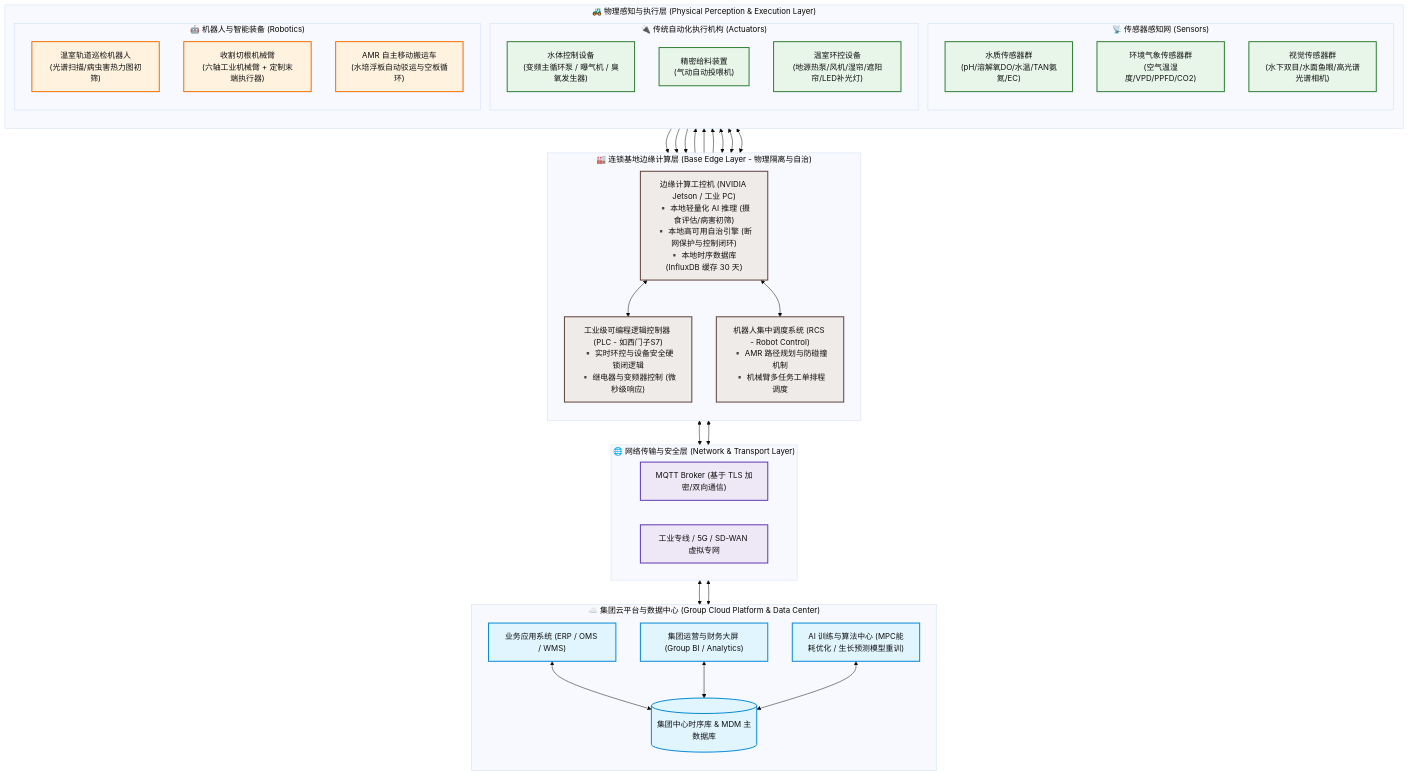
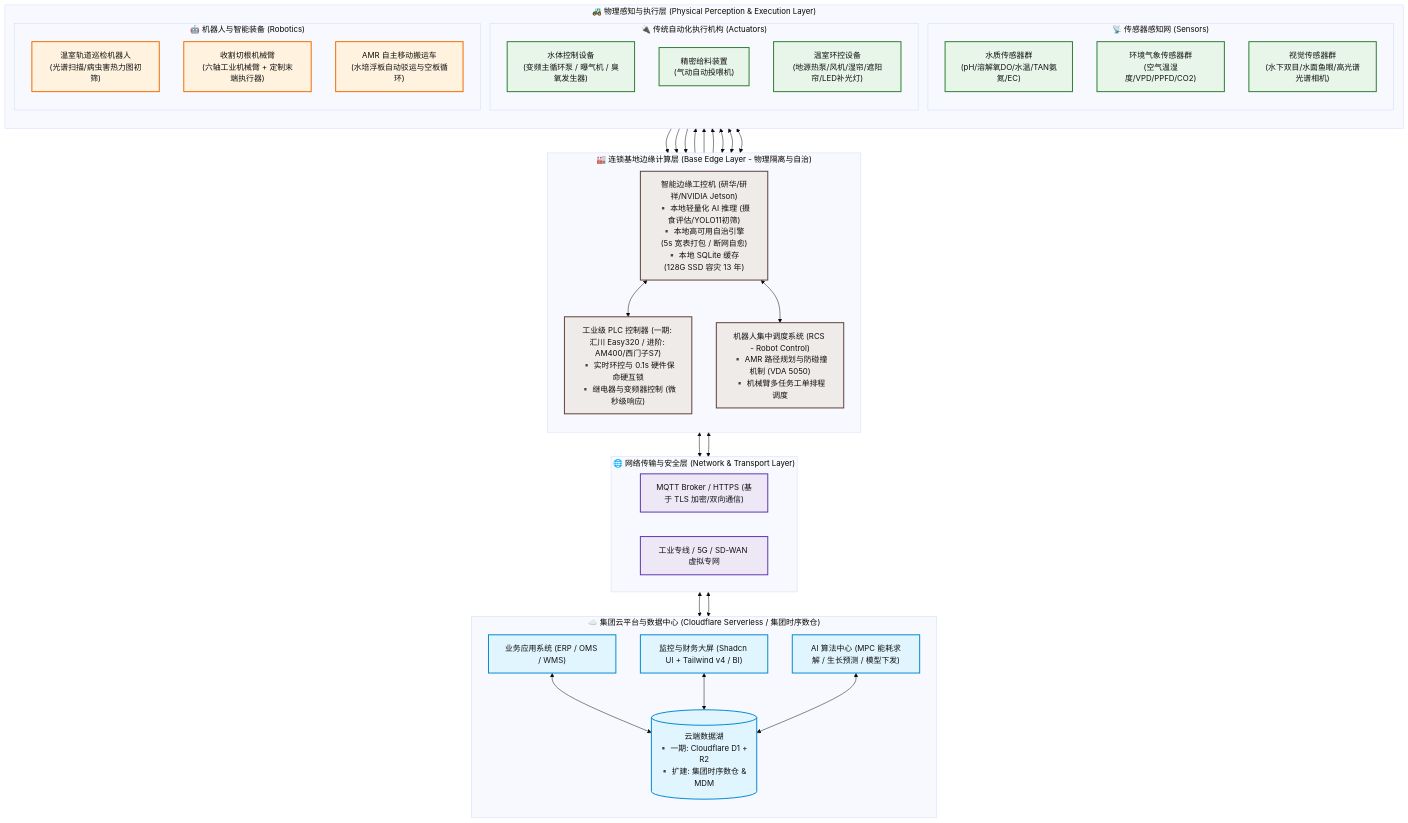
Before and after one commit to digitalboy/aquaponics: the first of 3 diagrams in docs/03_system_architecture/01_系统宏观架构设计.md, drawn with Mermaid (base theme). The commit also changed other lines of this file and 17 other files, not shown here.

```diff
--- a/docs/03_system_architecture/01_系统宏观架构设计.md
+++ b/docs/03_system_architecture/01_系统宏观架构设计.md
@@ -29,12 +29,12 @@
     classDef robot fill:#fff3e0,stroke:#ef6c00,stroke-width:2px,color:#111;
 
     %% ------------------ 集团云端层 ------------------
-    subgraph Cloud["☁️ 集团云平台与数据中心 (Group Cloud Platform & Data Center)"]
+    subgraph Cloud["☁️ 集团云平台与数据中心 (Cloudflare Serverless / 集团时序数仓)"]
         direction TB
         App["业务应用系统 (ERP / OMS / WMS)"]:::cloud
-        BI["集团运营与财务大屏 (Group BI / Analytics)"]:::cloud
-        CloudAI["AI 训练与算法中心 (MPC能耗优化 / 生长预测模型重训)"]:::cloud
-        TSDB_C[("集团中心时序库 & MDM 主数据库")]:::cloud
+        BI["监控与财务大屏 (Shadcn UI + Tailwind v4 / BI)"]:::cloud
+        CloudAI["AI 算法中心 (MPC 能耗求解 / 生长预测 / 模型下发)"]:::cloud
+        TSDB_C[("云端数据湖<br>▪️ 一期: Cloudflare D1 + R2<br>▪️ 扩建: 集团时序数仓 & MDM")]:::cloud
         
         App <--> TSDB_C
         BI <--> TSDB_C
@@ -44,16 +44,16 @@
     %% ------------------ 网络传输层 ------------------
     subgraph Network["🌐 网络传输与安全层 (Network & Transport Layer)"]
         direction LR
-        MQTT["MQTT Broker (基于 TLS 加密/双向通信)"]:::network
+        MQTT["MQTT Broker / HTTPS (基于 TLS 加密/双向通信)"]:::network
         Tunnel["工业专线 / 5G / SD-WAN 虚拟专网"]:::network
     end
 
     %% ------------------ 基地边缘计算层 ------------------
     subgraph BaseEdge["🏭 连锁基地边缘计算层 (Base Edge Layer - 物理隔离与自治)"]
         direction TB
-        EdgeGW["边缘计算工控机 (NVIDIA Jetson / 工业 PC)<br>▪️ 本地轻量化 AI 推理 (摄食评估/病害初筛)<br>▪️ 本地高可用自治引擎 (断网保护与控制闭环)<br>▪️ 本地时序数据库 (InfluxDB 缓存 30 天)"]:::edge
-        PLC["工业级可编程逻辑控制器 (PLC - 如西门子S7)<br>▪️ 实时环控与设备安全硬锁闭逻辑<br>▪️ 继电器与变频器控制 (微秒级响应)"]:::edge
-        RobotController["机器人集中调度系统 (RCS - Robot Control)<br>▪️ AMR 路径规划与防碰撞机制<br>▪️ 机械臂多任务工单排程调度"]:::edge
+        EdgeGW["智能边缘工控机 (研华/研祥/NVIDIA Jetson)<br>▪️ 本地轻量化 AI 推理 (摄食评估/YOLO11初筛)<br>▪️ 本地高可用自治引擎 (5s 宽表打包 / 断网自愈)<br>▪️ 本地 SQLite 缓存 (128G SSD 容灾 13 年)"]:::edge
+        PLC["工业级 PLC 控制器 (一期: 汇川 Easy320 / 进阶: AM400/西门子S7)<br>▪️ 实时环控与 0.1s 硬件保命硬互锁<br>▪️ 继电器与变频器控制 (微秒级响应)"]:::edge
+        RobotController["机器人集中调度系统 (RCS - Robot Control)<br>▪️ AMR 路径规划与防碰撞机制 (VDA 5050)<br>▪️ 机械臂多任务工单排程调度"]:::edge
         
         EdgeGW <--> PLC
         EdgeGW <--> RobotController
```
